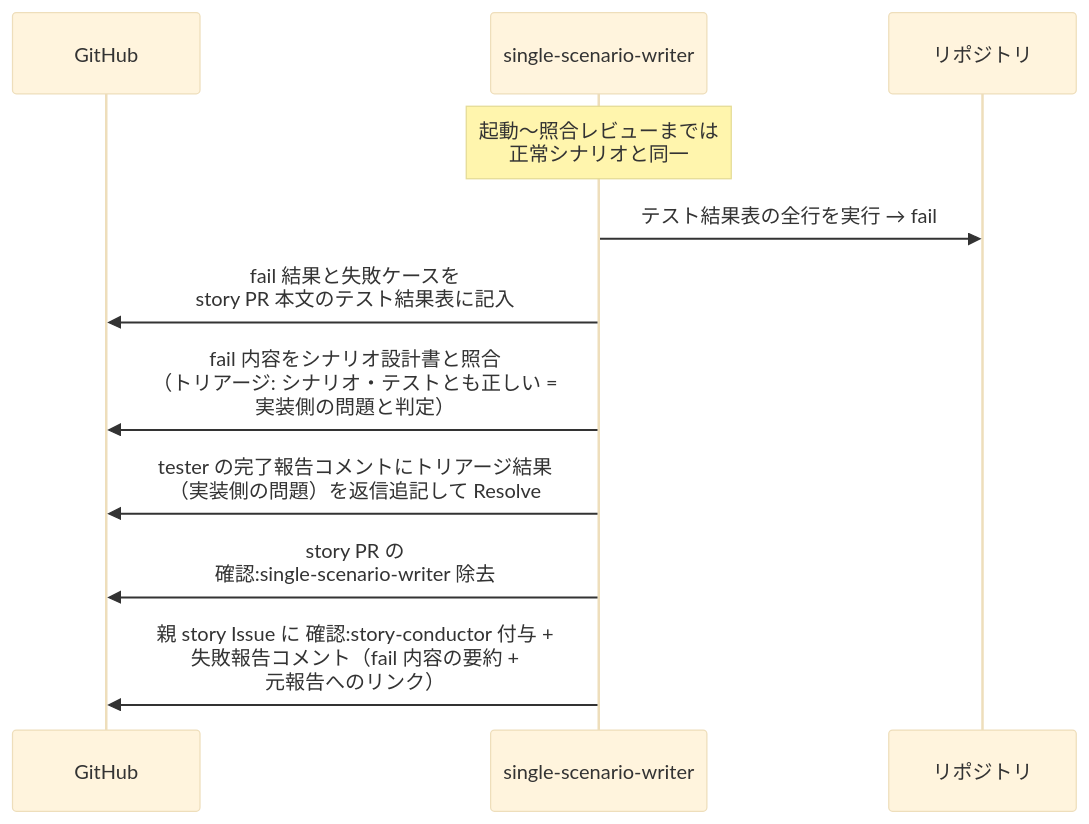
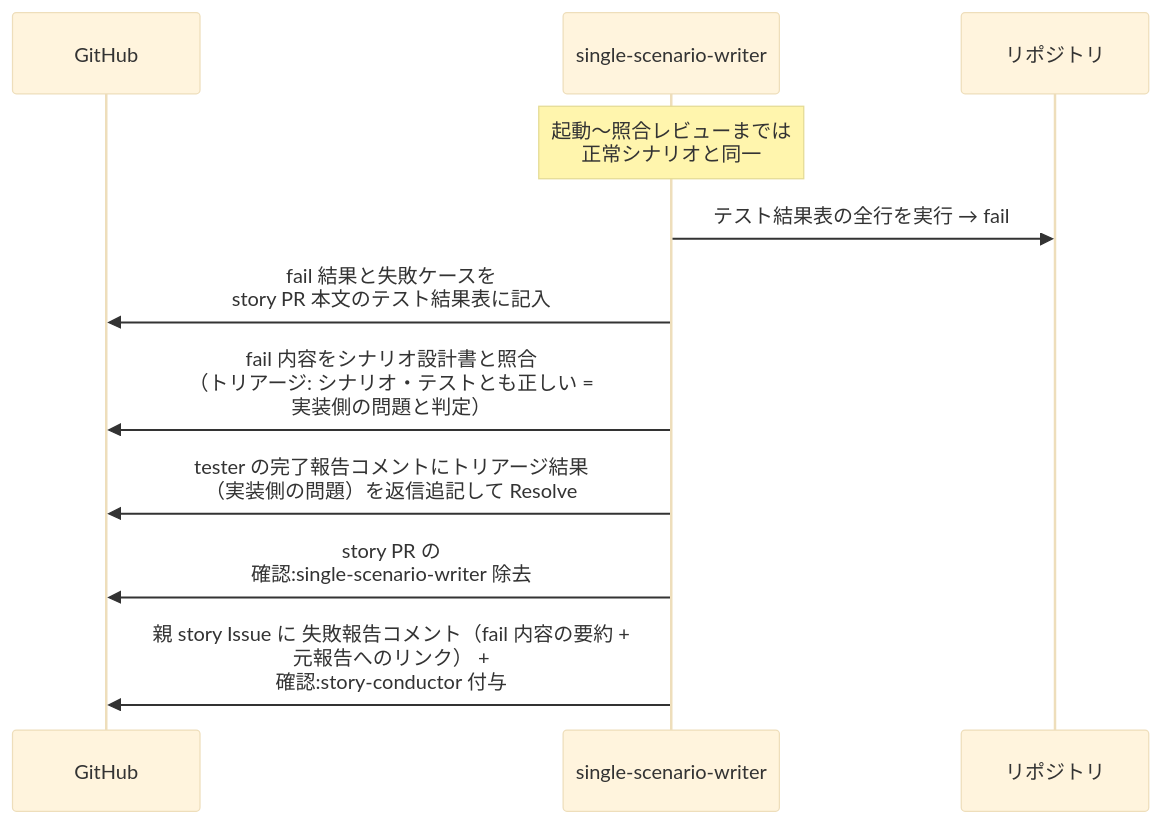
One commit to shuhei1101/ai-monitor changed the third of 5 diagrams in docs/wiki/設計図/シナリオ/単一ユースケース/統合テストレビュー.md. Above: the diagram before and after it, drawn with Mermaid (base theme). The commit also changed other lines of this file and 29 other files, not shown here.

````diff
--- a/docs/wiki/設計図/シナリオ/単一ユースケース/統合テストレビュー.md
+++ b/docs/wiki/設計図/シナリオ/単一ユースケース/統合テストレビュー.md
@@ -114,14 +114,14 @@
 ```mermaid
 sequenceDiagram
   participant GH as GitHub
   participant MON as single-scenario-writer
   participant REPO as リポジトリ
 
   Note over MON: 起動〜照合レビューまでは<br>正常シナリオと同一
   MON->>REPO: テスト結果表の全行を実行 → fail
   MON->>GH: fail 結果と失敗ケースを<br>story PR 本文のテスト結果表に記入
   MON->>GH: fail 内容をシナリオ設計書と照合<br>（トリアージ: シナリオ・テストとも正しい =<br>実装側の問題と判定）
   MON->>GH: tester の完了報告コメントにトリアージ結果<br>（実装側の問題）を返信追記して Resolve
   MON->>GH: story PR の<br>確認:single-scenario-writer 除去
-  MON->>GH: 親 story Issue に 確認:story-conductor 付与 +<br>失敗報告コメント（fail 内容の要約 +<br>元報告へのリンク）
+  MON->>GH: 親 story Issue に 失敗報告コメント（fail 内容の要約 +<br>元報告へのリンク） +<br>確認:story-conductor 付与
 ```
````
